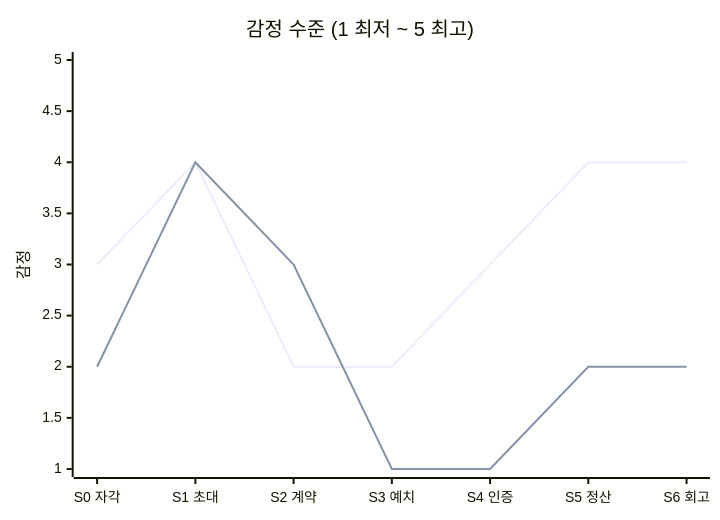
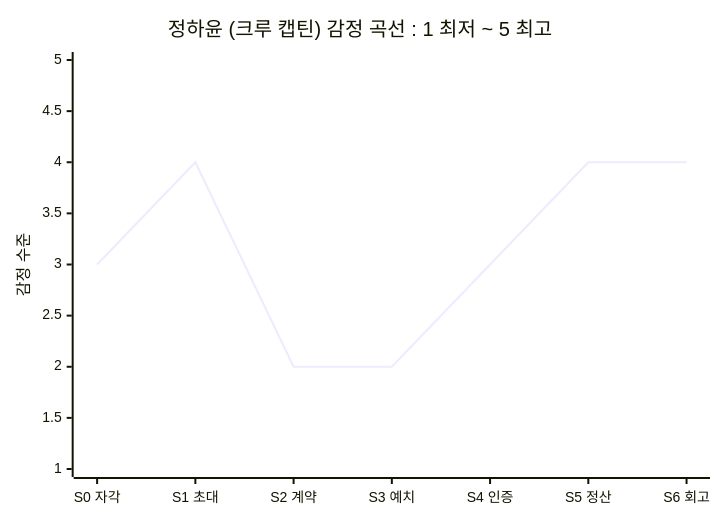
The second of 3 diagrams in 05-personas/customer-journey-map.md (new-rim/business-research-practice-2026-sesac), drawn with Mermaid before and after one commit. The commit also changed other lines of this file, not shown here.

````diff
--- a/05-personas/customer-journey-map.md
+++ b/05-personas/customer-journey-map.md
@@ -138,8 +140,7 @@
 ```mermaid
 xychart-beta
-    title "감정 수준 (1 최저 ~ 5 최고)"
+    title "정하윤 (크루 캡틴) 감정 곡선 : 1 최저 ~ 5 최고"
     x-axis ["S0 자각", "S1 초대", "S2 계약", "S3 예치", "S4 인증", "S5 정산", "S6 회고"]
-    y-axis "감정" 1 --> 5
+    y-axis "감정 수준" 1 --> 5
     line [3, 4, 2, 2, 3, 4, 4]
-    line [2, 4, 3, 1, 1, 2, 2]
 ```
````
